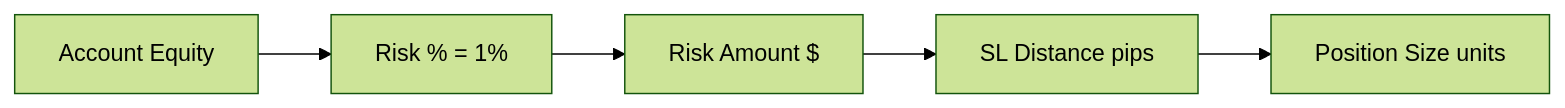
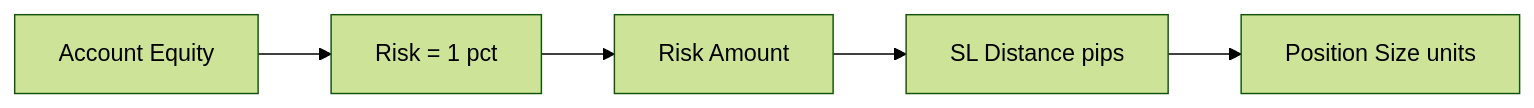
Before and after one commit to grodcas/tradebot: the second of 2 diagrams in docs/features/oanda-executor.md, drawn with Mermaid (forest theme). The commit also changed other lines of this file and 3 other files, not shown here.

First line of the commit message:
Fix Mermaid syntax errors for v11.12.2 compatibility

````diff
--- a/docs/features/oanda-executor.md
+++ b/docs/features/oanda-executor.md
@@ -66,7 +66,7 @@
 ```mermaid
 flowchart LR
-    A[Account Equity] --> B[Risk % = 1%]
-    B --> C[Risk Amount $]
-    C --> D[SL Distance pips]
-    D --> E[Position Size units]
+    A["Account Equity"] --> B["Risk = 1 pct"]
+    B --> C["Risk Amount"]
+    C --> D["SL Distance pips"]
+    D --> E["Position Size units"]
 ```
````
